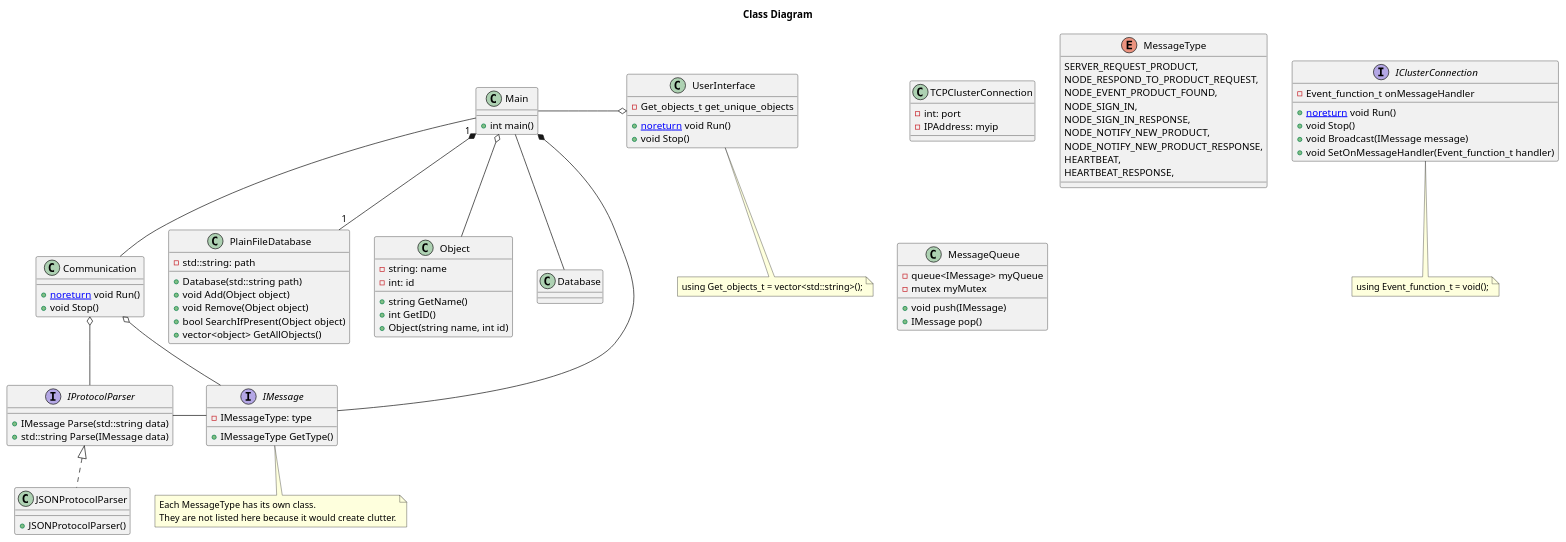
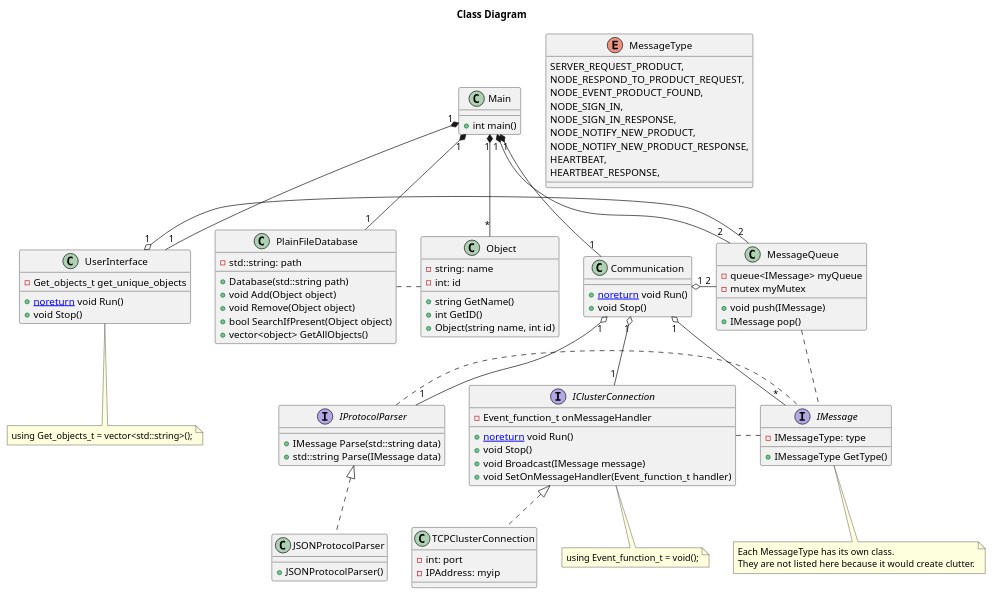
The diagram in Designs/Server Design/Design.wsd (T3-FindIt/FindIt), drawn with PlantUML before and after one commit.

Commit message:
Finalized relations

```diff
--- a/Designs/Server Design/Design.wsd
+++ b/Designs/Server Design/Design.wsd
@@ -1,134 +1,132 @@
 @startuml ClassDiagram
 Title Class Diagram
 
 Class Communication
 {
     {method} + [[noreturn]] void Run()
     {method} + void Stop()
 }
 
 ' using Event_function_t = void();
 interface IClusterConnection
 {
     {field} - Event_function_t onMessageHandler
     {method} + [[noreturn]] void Run()
     {method} + void Stop()
     {method} + void Broadcast(IMessage message)
     ' {method} + void Send(IMessage message, IPAdress myip)
     {method} + void SetOnMessageHandler(Event_function_t handler)
 }
 
 note bottom of IClusterConnection
 using Event_function_t = void();
 end note
 
 class TCPClusterConnection
 {
     {field} - int: port
     {field} - IPAddress: myip
 }
 
 Class PlainFileDatabase
 {
     {field} - std::string: path
     {method} + Database(std::string path)
     {method} + void Add(Object object)
     {method} + void Remove(Object object)
     {method} + bool SearchIfPresent(Object object)
     {method} + vector<object> GetAllObjects()
 }
 
 Class Object
 {
     {field} - string: name
     {field} - int: id
     {method} + string GetName()
     {method} + int GetID()
     {method} + Object(string name, int id)
 }
 
 enum MessageType
 {
     SERVER_REQUEST_PRODUCT,
     NODE_RESPOND_TO_PRODUCT_REQUEST,
     NODE_EVENT_PRODUCT_FOUND,
     NODE_SIGN_IN,
     NODE_SIGN_IN_RESPONSE,
     NODE_NOTIFY_NEW_PRODUCT,
     NODE_NOTIFY_NEW_PRODUCT_RESPONSE,
     HEARTBEAT,
     HEARTBEAT_RESPONSE,
 }
 
 interface IMessage
 {
     {field} - IMessageType: type
     {method} + IMessageType GetType()
 }
 
 note bottom of IMessage
 Each MessageType has its own class.
 They are not listed here because it would create clutter.
 end note
 
 interface IProtocolParser
 {
     {method} + IMessage Parse(std::string data)
     {method} + std::string Parse(IMessage data)
 }
 
 Class JSONProtocolParser
 {
     {method} + JSONProtocolParser()
 }
 
 Class UserInterface
 {
     {field} - Get_objects_t get_unique_objects
     {method} + [[noreturn]] void Run()
     {method} + void Stop()
 }
 
 note bottom of UserInterface
 using Get_objects_t = vector<std::string>();
 end note
 
 Class Main
 {
     {method} + int main()
 }
 
 Class MessageQueue
 {
     {field} - queue<IMessage> myQueue
     {field} - mutex myMutex
     {method} + void push(IMessage)
     {method} + IMessage pop()
 }
+
+Main "1" *-- "1" UserInterface
+Main "1" *-- "*" Object
 Main "1" *-- "1" PlainFileDatabase
+Main "1" *-- "1" Communication
+Main "1" *-- "2" MessageQueue
 
-' EMPTY CLASSES
-' END OF EMPYY CLASSES
+Communication "1" o-- "*" IMessage
+Communication "1" o-- "1" IProtocolParser
+Communication "1" o-- "1" IClusterConnection
 
-Main -o UserInterface
-Main o-- Object
-Main -- Database
-Main -- Communication
-Main *-- IMessage
-Communication o-- IMessage
 IProtocolParser <|.. JSONProtocolParser
-IProtocolParser - IMessage
-Communication o-- IProtocolParser
+IProtocolParser . IMessage
 
-' Controller "1" o-- "1" WiFiHandler
-' Controller "1" o-- "1" IMasterSlave
-' Controller "1" o-- "1" JsonBuilder
-' Controller "1" o-down- "1" IDipSwitch
-' Controller "1" o-- "1" WebSocketHandler
+IClusterConnection <|.. TCPClusterConnection
+IClusterConnection . IMessage
 
-' WiFiHandler "1" o-- "1" WiFiData
-' WebSocketHandler "1" o-- "1" WebsocketData
+PlainFileDatabase . Object
 
-' See if we should separate WebSocket & WiFi
-' object opslaan als JSON objecten?
+MessageQueue . IMessage
+
+UserInterface "1" o- "2" MessageQueue
+Communication "1" o- "2" MessageQueue
+
 @enduml
```
